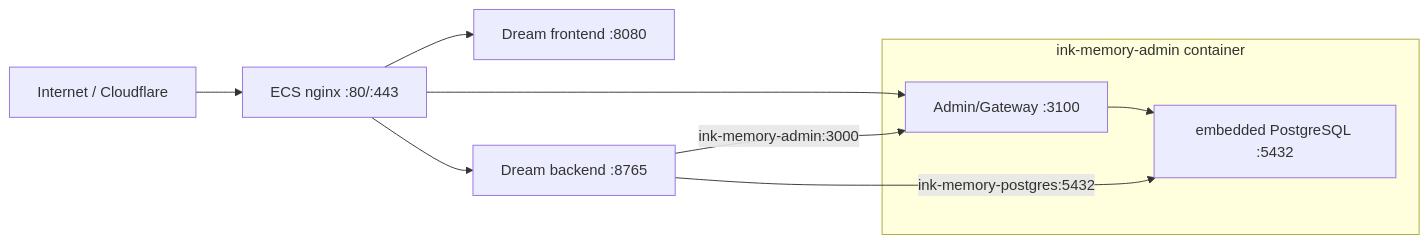
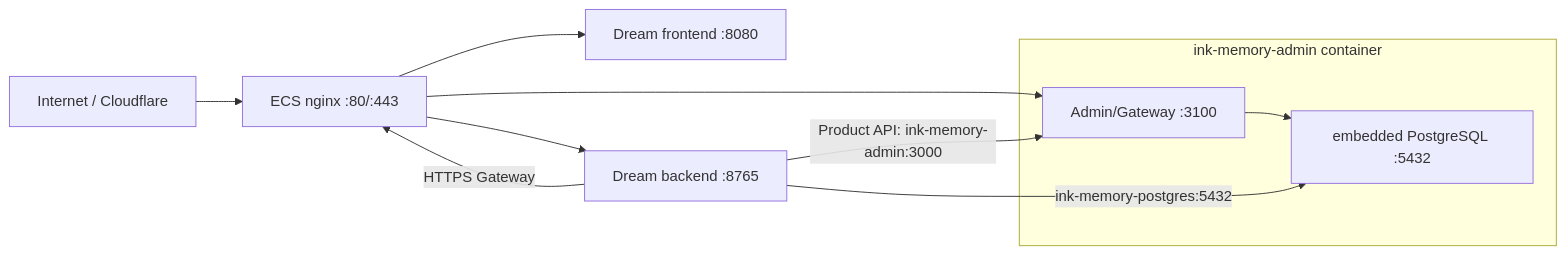
Before and after one commit to glide-the/im-dream: the diagram in docs/deploy/aliyun.md, drawn with Mermaid. The commit also changed other lines of this file and 5 other files, not shown here.

Commit message:
fix(deploy): route Gateway through Admin HTTPS domain

````diff
--- a/docs/deploy/aliyun.md
+++ b/docs/deploy/aliyun.md
@@ -14,12 +14,13 @@
 ```mermaid
 flowchart LR
   Internet["Internet / Cloudflare"] --> Nginx["ECS nginx :80/:443"]
   Nginx --> Frontend["Dream frontend :8080"]
   Nginx --> Backend["Dream backend :8765"]
   Nginx --> Admin["Admin/Gateway :3100"]
   subgraph AdminContainer["ink-memory-admin container"]
     Admin --> PG["embedded PostgreSQL :5432"]
   end
-  Backend -->|"ink-memory-admin:3000"| Admin
+  Backend -->|"HTTPS Gateway"| Nginx
+  Backend -->|"Product API: ink-memory-admin:3000"| Admin
   Backend -->|"ink-memory-postgres:5432"| PG
 ```
````
